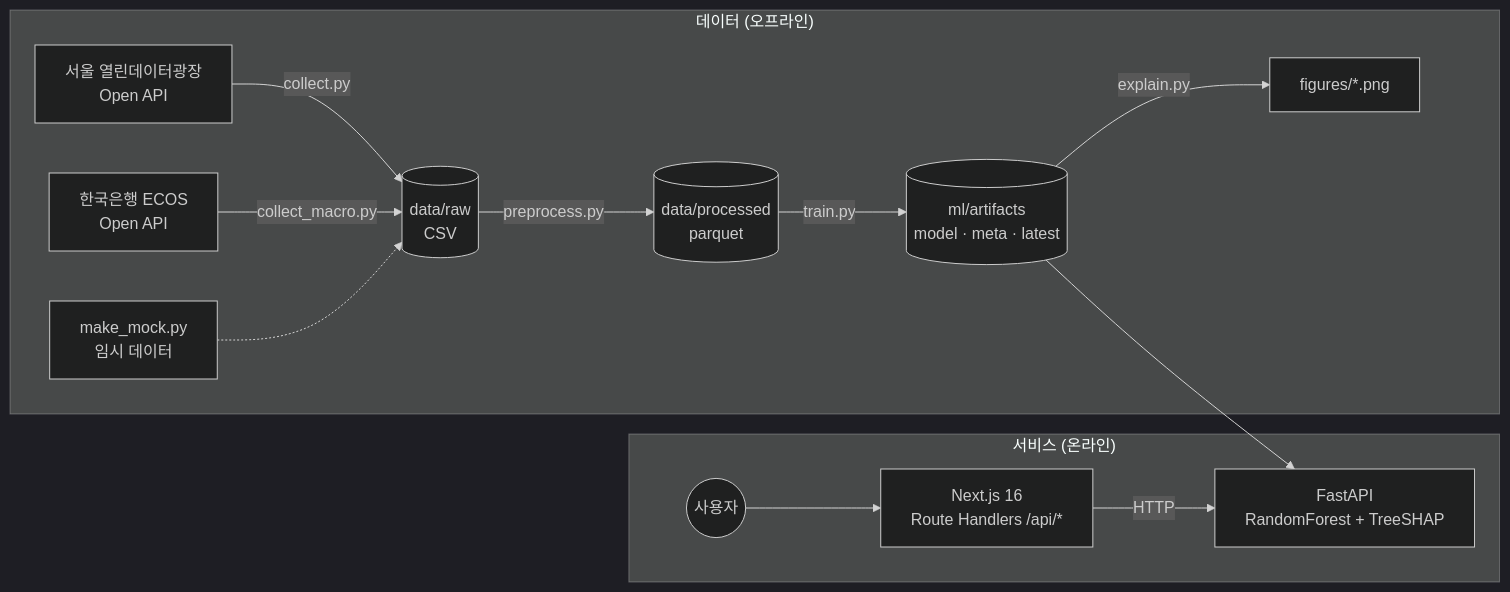
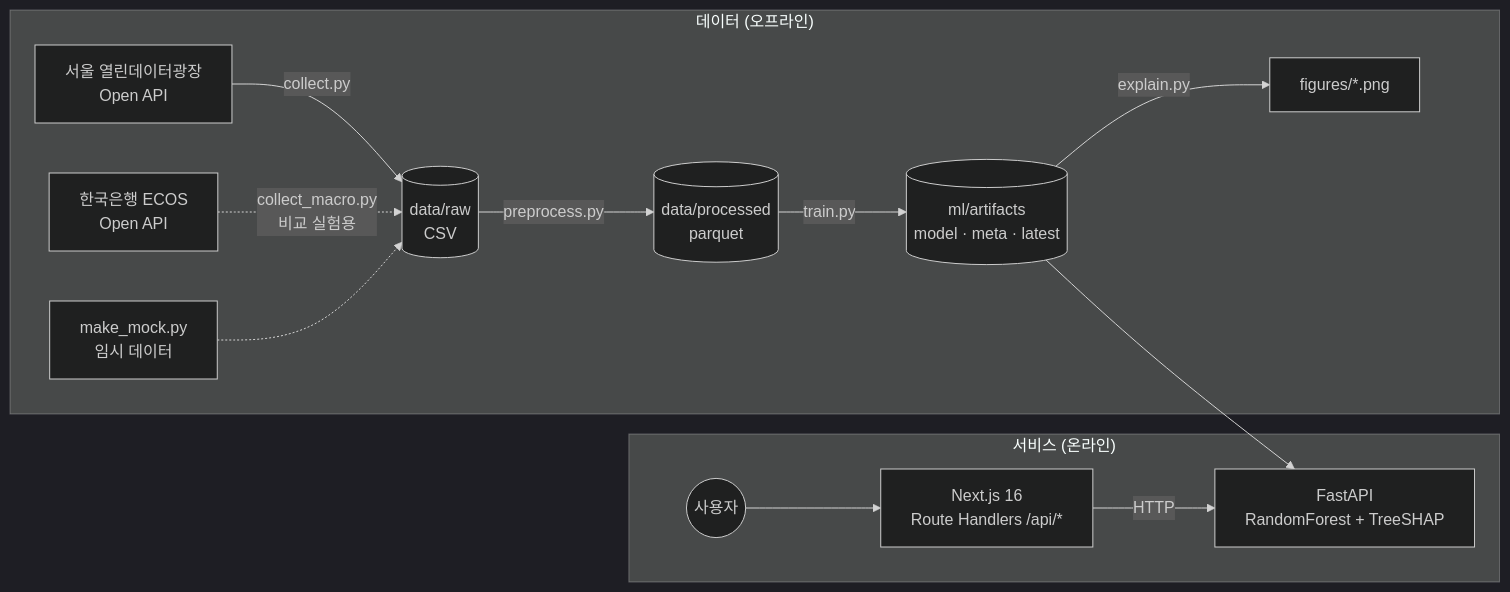
Before and after one commit to JungUihyun/biz-risk-predictor: the diagram in docs/04_architecture.md, drawn with Mermaid (dark theme). The commit also changed other lines of this file and 11 other files, not shown here.

````diff
--- a/docs/04_architecture.md
+++ b/docs/04_architecture.md
@@ -5,17 +5,17 @@
 ```mermaid
 flowchart LR
     subgraph Data["데이터 (오프라인)"]
         A[서울 열린데이터광장<br/>Open API] -->|collect.py| B[(data/raw<br/>CSV)]
-        K[한국은행 ECOS<br/>Open API] -->|collect_macro.py| B
+        K[한국은행 ECOS<br/>Open API] -.->|collect_macro.py<br/>비교 실험용| B
         M[make_mock.py<br/>임시 데이터] -.-> B
         B -->|preprocess.py| C[(data/processed<br/>parquet)]
         C -->|train.py| D[(ml/artifacts<br/>model · meta · latest)]
         D -->|explain.py| F[figures/*.png]
     end
 
     subgraph Serving["서비스 (온라인)"]
         D --> E[FastAPI<br/>RandomForest + TreeSHAP]
         W[Next.js 16<br/>Route Handlers /api/*] -->|HTTP| E
         U((사용자)) --> W
     end
 ```
````
